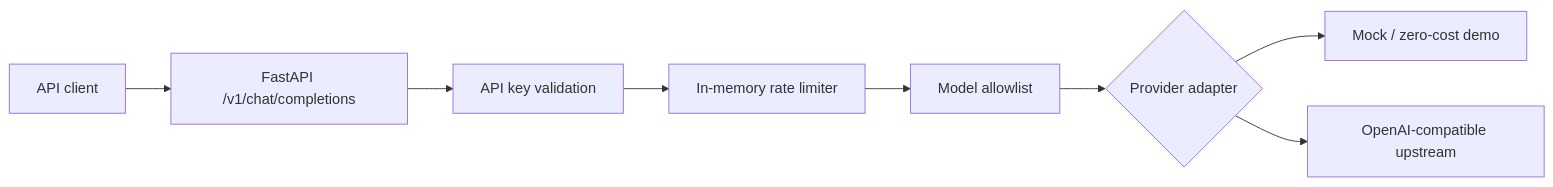
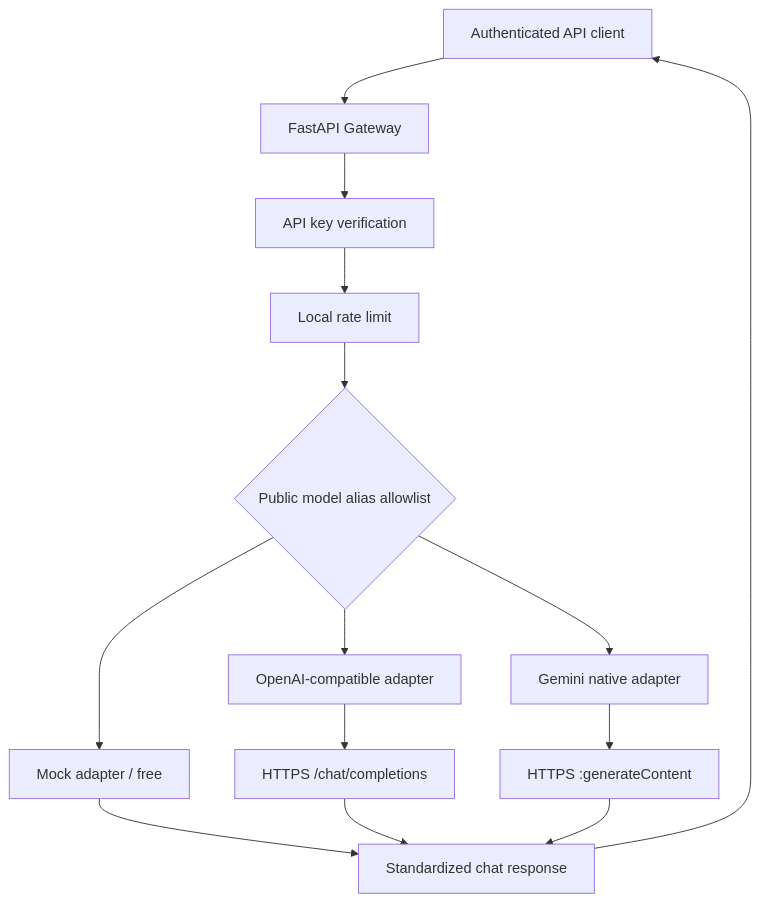
Before and after one commit to pierremedinaw/llm-gateway-platform: the diagram in README.md, drawn with Mermaid. The commit also changed other lines of this file and 7 other files, not shown here.

Commit message:
feat: integrate Gemini multi-provider routing and isolated tests

````diff
--- a/README.md
+++ b/README.md
@@ -10,10 +11,16 @@
 ```mermaid
-flowchart LR
-    C[API client] --> A[FastAPI /v1/chat/completions]
-    A --> K[API key validation]
-    K --> L[In-memory rate limiter]
-    L --> M[Model allowlist]
-    M --> P{Provider adapter}
-    P --> D[Mock / zero-cost demo]
-    P --> O[OpenAI-compatible upstream]
+flowchart TD
+    A[Authenticated API client] --> B[FastAPI Gateway]
+    B --> C[API key verification]
+    C --> D[Local rate limit]
+    D --> E{Public model alias allowlist}
+    E --> F[Mock adapter / free]
+    E --> G[OpenAI-compatible adapter]
+    E --> H[Gemini native adapter]
+    G --> I[HTTPS /chat/completions]
+    H --> J[HTTPS :generateContent]
+    F --> K[Standardized chat response]
+    I --> K
+    J --> K
+    K --> A
 ```
````
